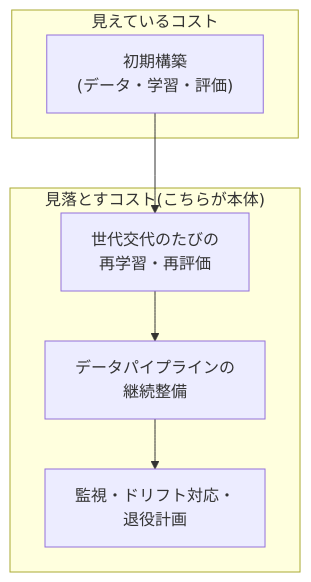
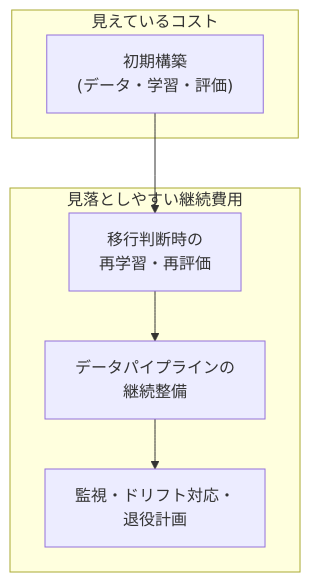
One commit to pero3dev/ai-agent-library changed the second of 2 diagrams in docs/09-business/own-model-strategy.md. Above: the diagram before and after it, drawn with Mermaid. The commit also changed other lines of this file and 147 other files, not shown here.

````diff
--- a/docs/09-business/own-model-strategy.md
+++ b/docs/09-business/own-model-strategy.md
@@ -75,12 +75,12 @@
 ```mermaid
 flowchart TD
     subgraph 見えているコスト
         I["初期構築<br/>(データ・学習・評価)"]
     end
-    subgraph 見落とすコスト["見落とすコスト(こちらが本体)"]
-        R1["世代交代のたびの<br/>再学習・再評価"]
+    subgraph 継続費用["見落としやすい継続費用"]
+        R1["移行判断時の<br/>再学習・再評価"]
         R2["データパイプラインの<br/>継続整備"]
         R3["監視・ドリフト対応・<br/>退役計画"]
     end
     I --> R1 --> R2 --> R3
 ```
````
